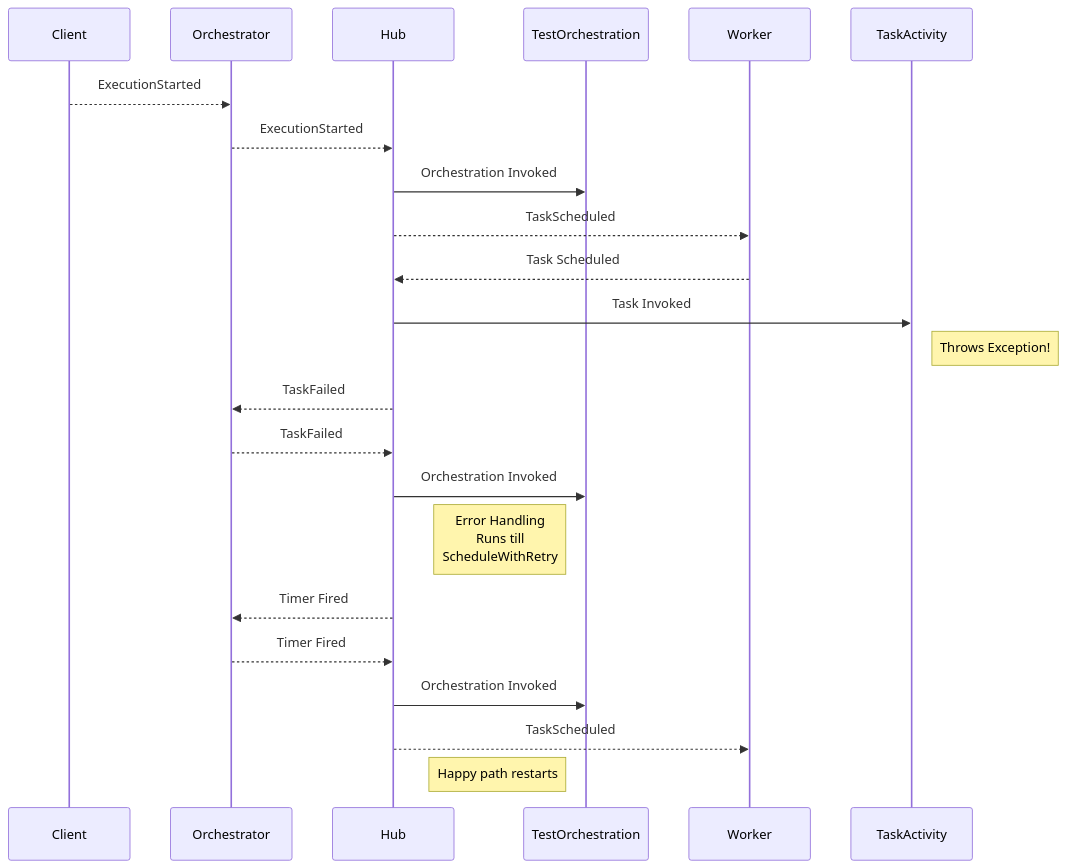
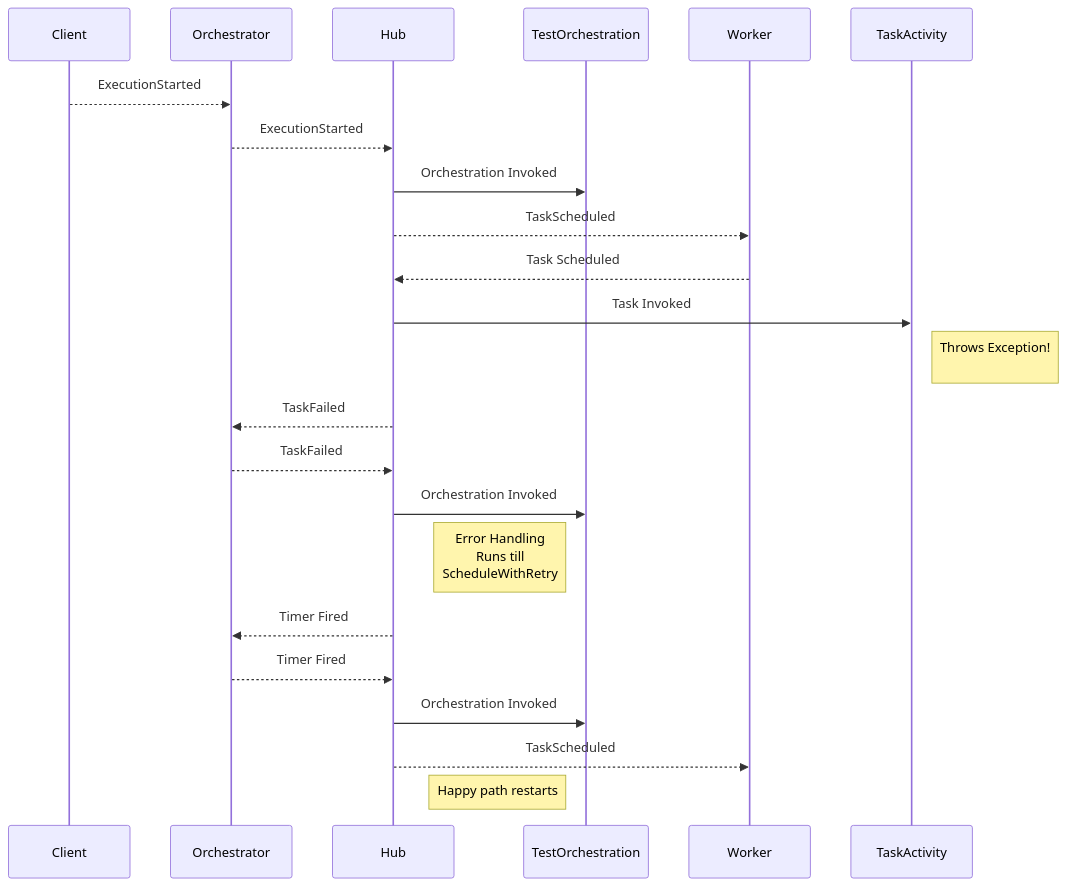
One commit to abhikmitra/blog changed the sixth of 6 diagrams in content/blog/durable-task/index.md. Above: the diagram before and after it, drawn with Mermaid. The commit also changed other lines of this file and 3 other files, not shown here.

````diff
--- a/content/blog/durable-task/index.md
+++ b/content/blog/durable-task/index.md
@@ -105,19 +105,19 @@
 ```mermaid
 sequenceDiagram
     Client-->>Orchestrator: ExecutionStarted
     Orchestrator-->>Hub: ExecutionStarted
     Hub->>TestOrchestration: Orchestration Invoked
     Hub-->>Worker: TaskScheduled
     Worker-->>Hub: Task Scheduled
     Hub->>TaskActivity: Task Invoked
-    Note right of TaskActivity: Throws Exception!
+    Note right of TaskActivity: Throws Exception! <br/>
     Hub-->>Orchestrator: TaskFailed
     Orchestrator-->>Hub: TaskFailed
     Hub->>TestOrchestration: Orchestration Invoked
     note left of TestOrchestration: Error Handling <br/> Runs  till <br/>ScheduleWithRetry
     Hub-->>Orchestrator: Timer Fired
     Orchestrator-->>Hub: Timer Fired
     Hub->>TestOrchestration: Orchestration Invoked
     Hub-->>Worker: TaskScheduled
     note left of TestOrchestration: Happy path restarts
 ```
````
